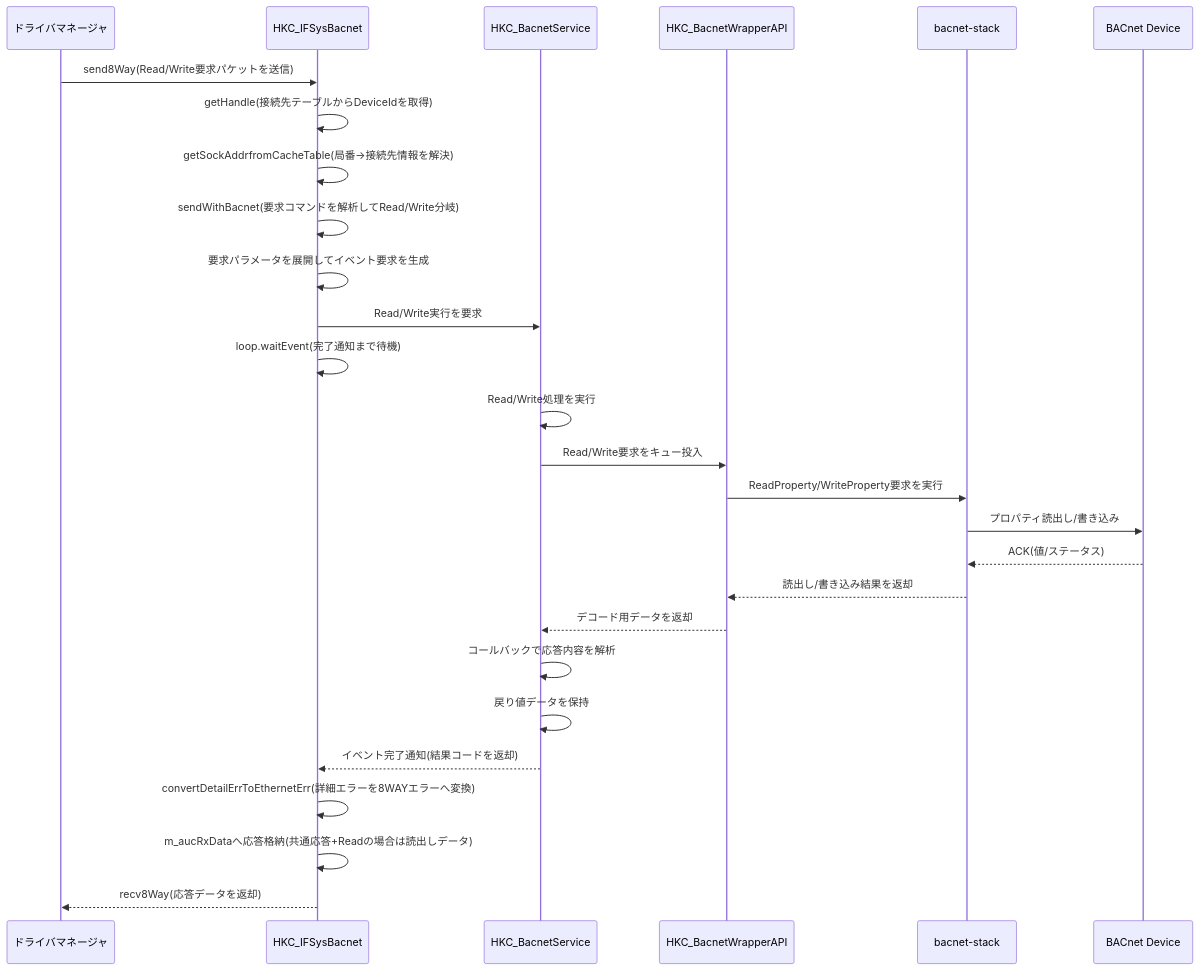
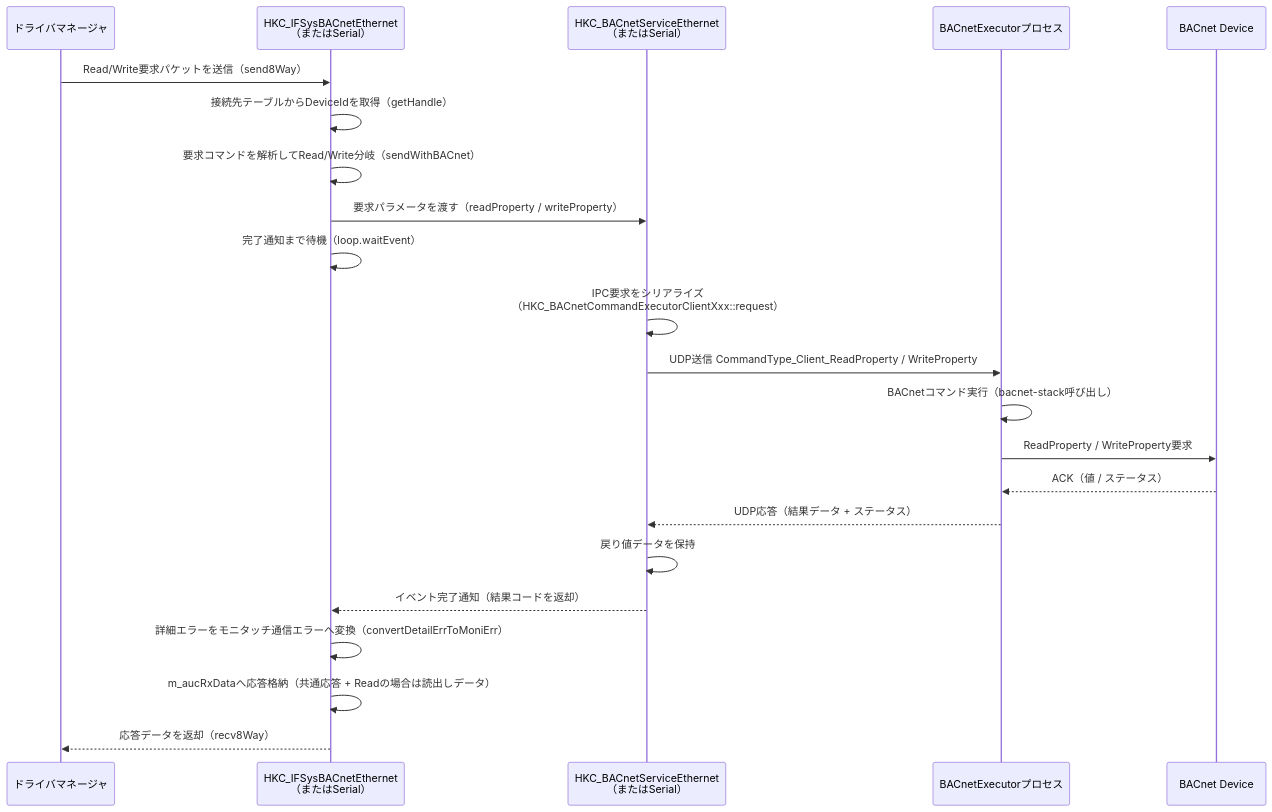
The fourth of 19 diagrams in bacnet.md (moto046/markdown-test), drawn with Mermaid before and after one commit. The commit also changed other lines of this file, not shown here.

````diff
--- a/bacnet.md
+++ b/bacnet.md
@@ -187,33 +298,28 @@
 ```mermaid
 sequenceDiagram
   participant DM as ドライバマネージャ
-  participant BAC as HKC_IFSysBacnet
-  participant SVC as HKC_BacnetService
-  participant WRP as HKC_BacnetWrapperAPI
-  participant STK as bacnet-stack
+  participant BAC as HKC_IFSysBACnetEthernet<br/>（またはSerial）
+  participant SVC as HKC_BACnetServiceEthernet<br/>（またはSerial）
+  participant EXEC as BACnetExecutorプロセス
   participant DEV as BACnet Device
 
-  DM->>BAC: send8Way(Read/Write要求パケットを送信)
-  BAC->>BAC: getHandle(接続先テーブルからDeviceIdを取得)
-  BAC->>BAC: getSockAddrfromCacheTable(局番→接続先情報を解決)
+  DM->>BAC: Read/Write要求パケットを送信（send8Way）
+  BAC->>BAC: 接続先テーブルからDeviceIdを取得（getHandle）
+  BAC->>BAC: 要求コマンドを解析してRead/Write分岐（sendWithBACnet）
+  BAC->>SVC: 要求パラメータを渡す（readProperty / writeProperty）
+  BAC->>BAC: 完了通知まで待機（loop.waitEvent）
 
-  BAC->>BAC: sendWithBacnet(要求コマンドを解析してRead/Write分岐)
-  BAC->>BAC: 要求パラメータを展開してイベント要求を生成
-  BAC->>SVC: Read/Write実行を要求
-  BAC->>BAC: loop.waitEvent(完了通知まで待機)
+  SVC->>SVC: IPC要求をシリアライズ<br/>（HKC_BACnetCommandExecutorClientXxx::request）
+  SVC->>EXEC: UDP送信 CommandType_Client_ReadProperty / WriteProperty
+  EXEC->>EXEC: BACnetコマンド実行（bacnet-stack呼び出し）
+  EXEC->>DEV: ReadProperty / WriteProperty要求
+  DEV-->>EXEC: ACK（値 / ステータス）
+  EXEC-->>SVC: UDP応答（結果データ + ステータス）
 
-  SVC->>SVC: Read/Write処理を実行
-  SVC->>WRP: Read/Write要求をキュー投入
-  WRP->>STK: ReadProperty/WriteProperty要求を実行
-  STK->>DEV: プロパティ読出し/書き込み
-  DEV-->>STK: ACK(値/ステータス)
-  STK-->>WRP: 読出し/書き込み結果を返却
-  WRP-->>SVC: デコード用データを返却
-  SVC->>SVC: コールバックで応答内容を解析
   SVC->>SVC: 戻り値データを保持
-  SVC-->>BAC: イベント完了通知(結果コードを返却)
+  SVC-->>BAC: イベント完了通知（結果コードを返却）
 
-  BAC->>BAC: convertDetailErrToEthernetErr(詳細エラーを8WAYエラーへ変換)
-  BAC->>BAC: m_aucRxDataへ応答格納(共通応答+Readの場合は読出しデータ)
-  BAC-->>DM: recv8Way(応答データを返却)
+  BAC->>BAC: 詳細エラーをモニタッチ通信エラーへ変換（convertDetailErrToMoniErr）
+  BAC->>BAC: m_aucRxDataへ応答格納（共通応答 + Readの場合は読出しデータ）
+  BAC-->>DM: 応答データを返却（recv8Way）
 ```
````
